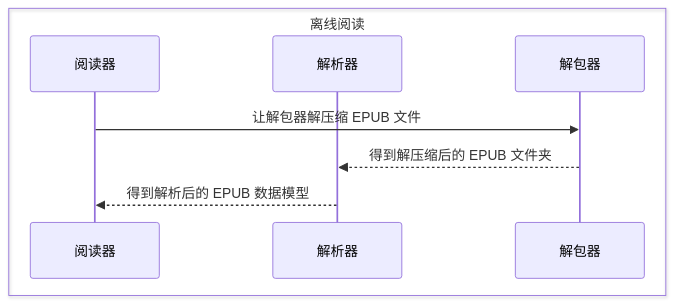
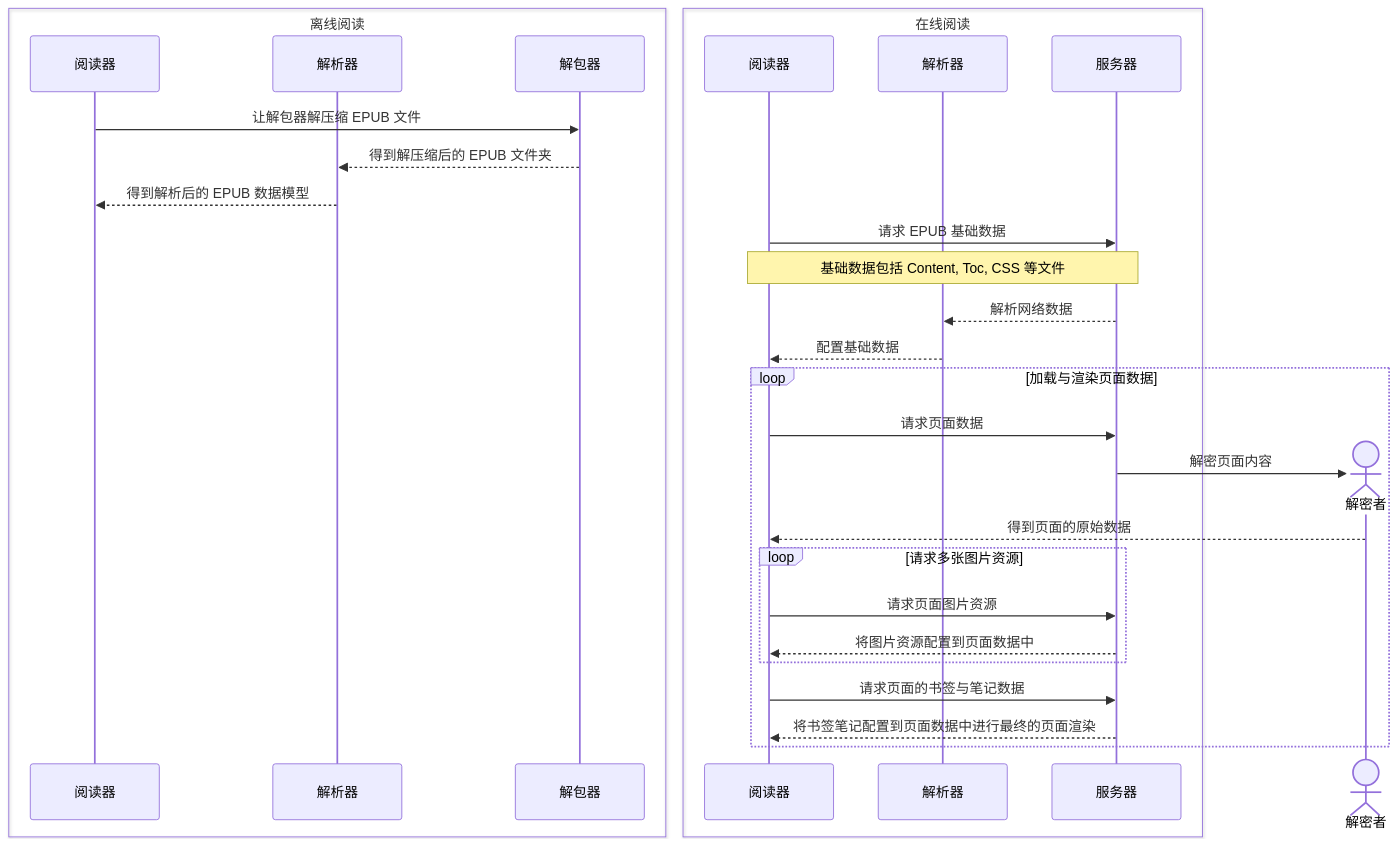
One commit to overlookart/overlookart.github.io changed the diagram in content/iOS/Epub.md. Above: the diagram before and after it, drawn with Mermaid. The commit also changed other lines of this file, not shown here.

Commit message:
update epub

````diff
--- a/content/iOS/Epub.md
+++ b/content/iOS/Epub.md
@@ -22,11 +22,33 @@
 ``` mermaid
 sequenceDiagram
     box 离线阅读
     participant A as 阅读器
     participant B as 解析器
     participant C as 解包器
     end
     A->>C: 让解包器解压缩 EPUB 文件
     C-->>B: 得到解压缩后的 EPUB 文件夹
     B-->>A: 得到解析后的 EPUB 数据模型
+
+    box 在线阅读
+    participant A1 as 阅读器
+    participant B1 as 解析器
+    participant C1 as 服务器
+    end
+    A1->>C1: 请求 EPUB 基础数据
+    Note over A1,C1: 基础数据包括 Content, Toc, CSS 等文件
+    C1-->>B1: 解析网络数据
+    B1-->>A1: 配置基础数据
+    loop 加载与渲染页面数据
+    A1->>C1: 请求页面数据
+    create actor D as 解密者
+    C1->>D: 解密页面内容
+    D-->>A1: 得到页面的原始数据
+    loop 请求多张图片资源
+        A1->>C1: 请求页面图片资源
+        C1-->>A1: 将图片资源配置到页面数据中
+    end
+    A1->>C1: 请求页面的书签与笔记数据
+    C1-->>A1: 将书签笔记配置到页面数据中进行最终的页面渲染
+    end
 ```
````
